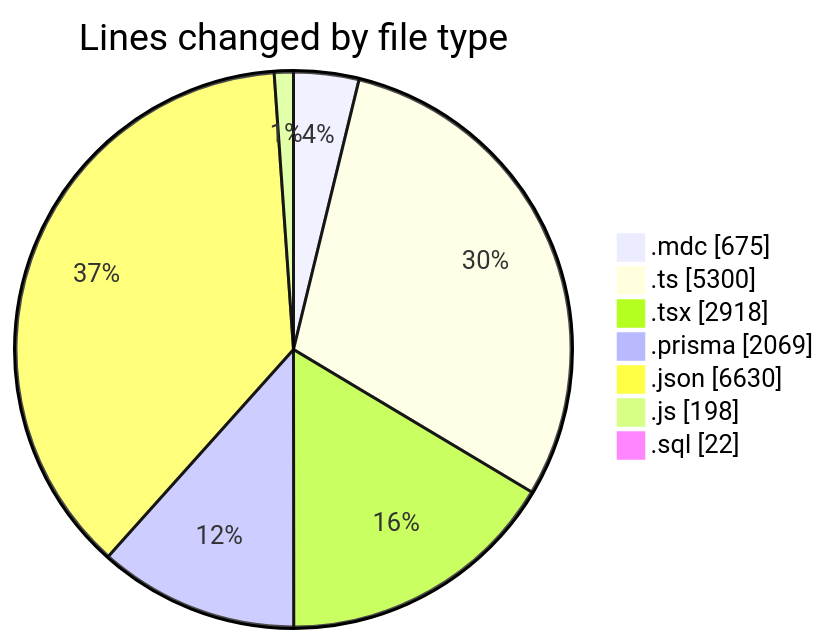
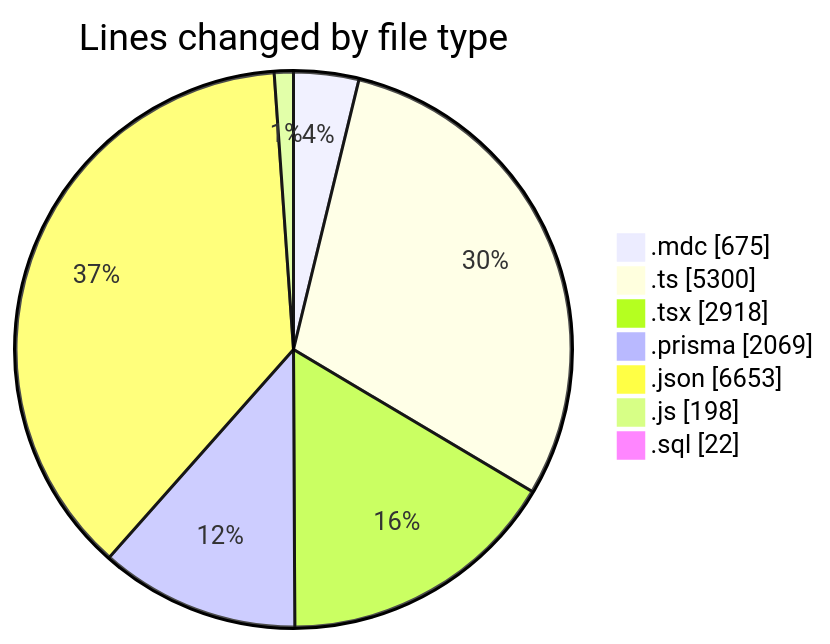
One commit to CELIANVF/code-tracking changed the first of 2 diagrams in 2025-06-05/ecodeli-1/README.md. Above: the diagram before and after it, drawn with Mermaid. The commit also changed other lines of this file and 1 other file, not shown here.

````diff
--- a/2025-06-05/ecodeli-1/README.md
+++ b/2025-06-05/ecodeli-1/README.md
@@ -50,11 +50,11 @@
 ```mermaid
 pie showData
 title Lines changed by file type
 ".mdc" : 675
 ".ts" : 5300
 ".tsx" : 2918
 ".prisma" : 2069
-".json" : 6630
+".json" : 6653
 ".js" : 198
 ".sql" : 22
 ```
````
